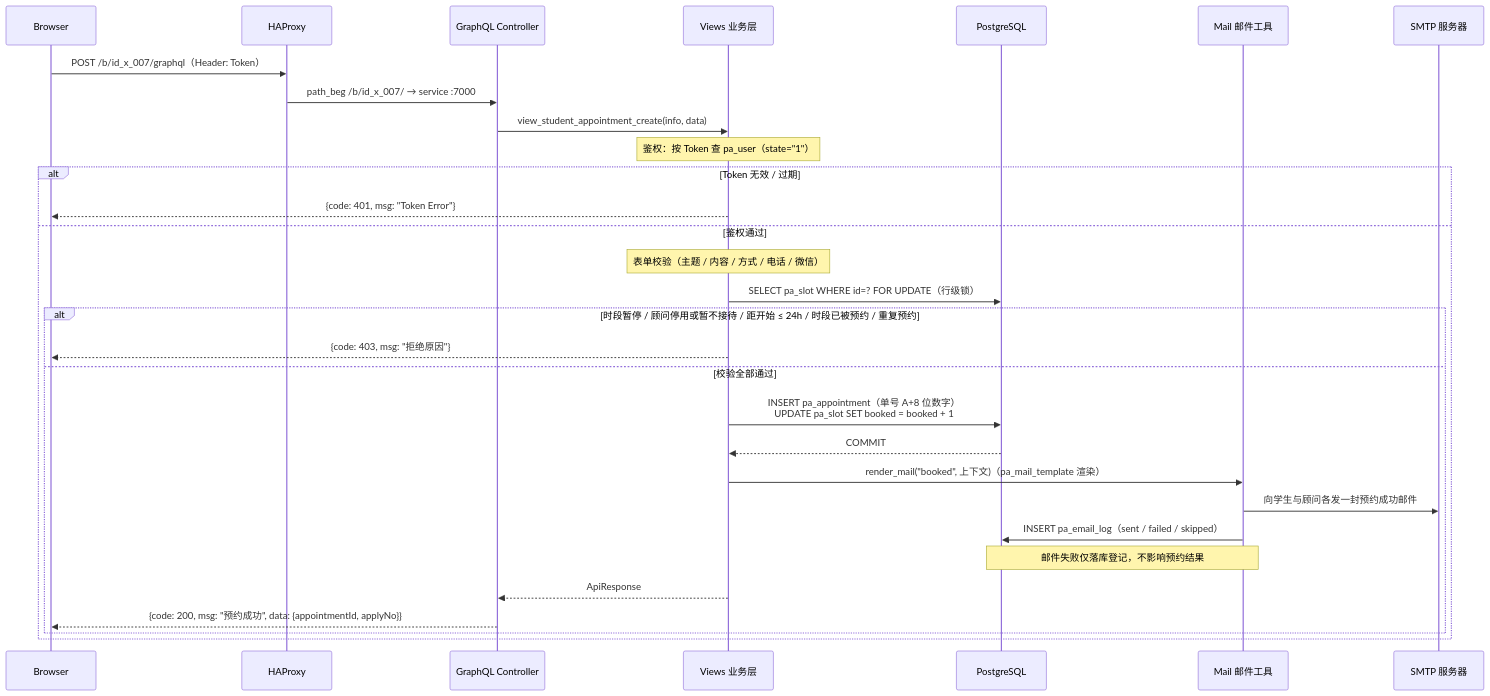
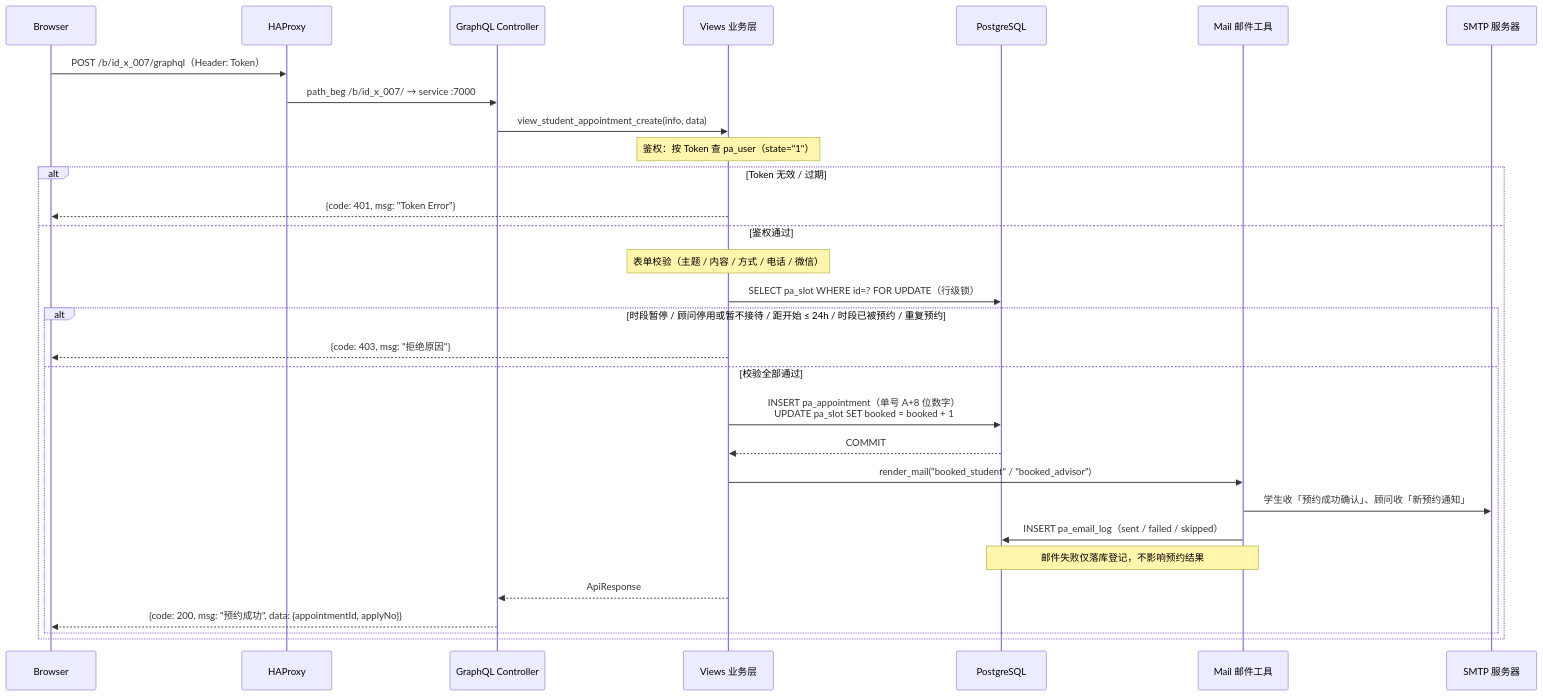
One commit to i-TorchLabs/id_x_007 changed the second of 2 diagrams in README.md. Above: the diagram before and after it, drawn with Mermaid. The commit also changed other lines of this file and 37 other files, not shown here.

````diff
--- a/README.md
+++ b/README.md
@@ -114,33 +118,33 @@
 ```mermaid
 sequenceDiagram
     participant B as Browser
     participant H as HAProxy
     participant GC as GraphQL Controller
     participant V as Views 业务层
     participant PG as PostgreSQL
     participant MAIL as Mail 邮件工具
     participant SMTP as SMTP 服务器
 
     B->>H: POST /b/id_x_007/graphql（Header: Token）
     H->>GC: path_beg /b/id_x_007/ → service :7000
     GC->>V: view_student_appointment_create(info, data)
     Note over V: 鉴权：按 Token 查 pa_user（state="1"）
     alt Token 无效 / 过期
         V-->>B: {code: 401, msg: "Token Error"}
     else 鉴权通过
         Note over V: 表单校验（主题 / 内容 / 方式 / 电话 / 微信）
         V->>PG: SELECT pa_slot WHERE id=? FOR UPDATE（行级锁）
         alt 时段暂停 / 顾问停用或暂不接待 / 距开始 ≤ 24h / 时段已被预约 / 重复预约
             V-->>B: {code: 403, msg: "拒绝原因"}
         else 校验全部通过
             V->>PG: INSERT pa_appointment（单号 A+8 位数字）<br/>UPDATE pa_slot SET booked = booked + 1
             PG-->>V: COMMIT
-            V->>MAIL: render_mail("booked", 上下文)（pa_mail_template 渲染）
-            MAIL->>SMTP: 向学生与顾问各发一封预约成功邮件
+            V->>MAIL: render_mail("booked_student" / "booked_advisor")
+            MAIL->>SMTP: 学生收「预约成功确认」、顾问收「新预约通知」
             MAIL->>PG: INSERT pa_email_log（sent / failed / skipped）
             Note over MAIL,PG: 邮件失败仅落库登记，不影响预约结果
             V-->>GC: ApiResponse
             GC-->>B: {code: 200, msg: "预约成功", data: {appointmentId, applyNo}}
         end
     end
 ```
````
